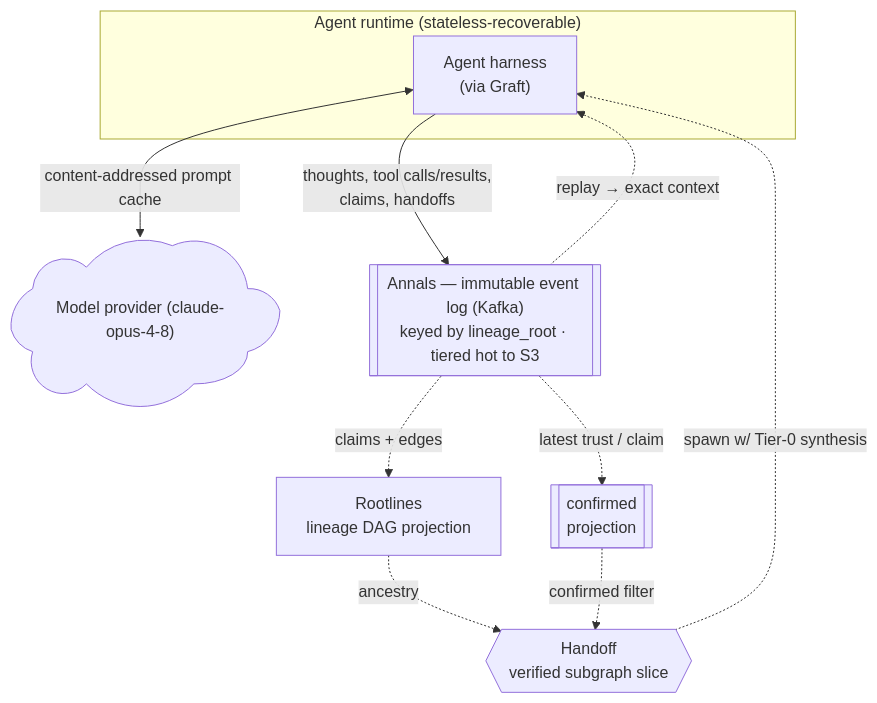
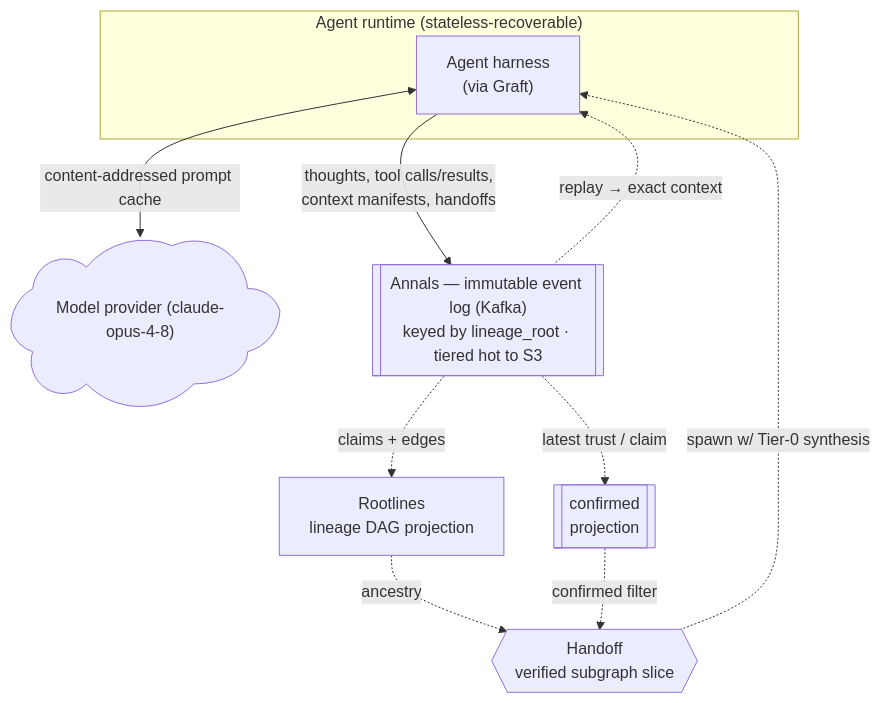
The first of 3 diagrams in knowledge/ARCHITECTURE.md (bitcomplete/wolfgang), drawn with Mermaid before and after one commit. The commit also changed other lines of this file and 7 other files, not shown here.

````diff
--- a/knowledge/ARCHITECTURE.md
+++ b/knowledge/ARCHITECTURE.md
@@ -41,18 +41,18 @@
 ```mermaid
 flowchart TB
   LLM@{ shape: cloud, label: "Model provider (claude-opus-4-8)" }
   subgraph RT["Agent runtime (stateless-recoverable)"]
     AGENT["Agent harness<br/>(via Graft)"]
   end
   AGENT <-->|"content-addressed prompt cache"| LLM
 
   ANNALS[["Annals — immutable event log (Kafka)<br/>keyed by lineage_root · tiered hot to S3"]]
-  AGENT -->|"thoughts, tool calls/results,<br/>claims, handoffs"| ANNALS
+  AGENT -->|"thoughts, tool calls/results,<br/>context manifests, handoffs"| ANNALS
   ANNALS -.->|"replay → exact context"| AGENT
   ANNALS -.->|"claims + edges"| ROOT["Rootlines<br/>lineage DAG projection"]
 
   ANNALS -.->|"latest trust / claim"| CONF[["confirmed<br/>projection"]]
   ROOT -.->|"ancestry"| HANDOFF{{"Handoff<br/>verified subgraph slice"}}
   CONF -.->|"confirmed filter"| HANDOFF
   HANDOFF -.->|"spawn w/ Tier-0 synthesis"| AGENT
 ```
````
